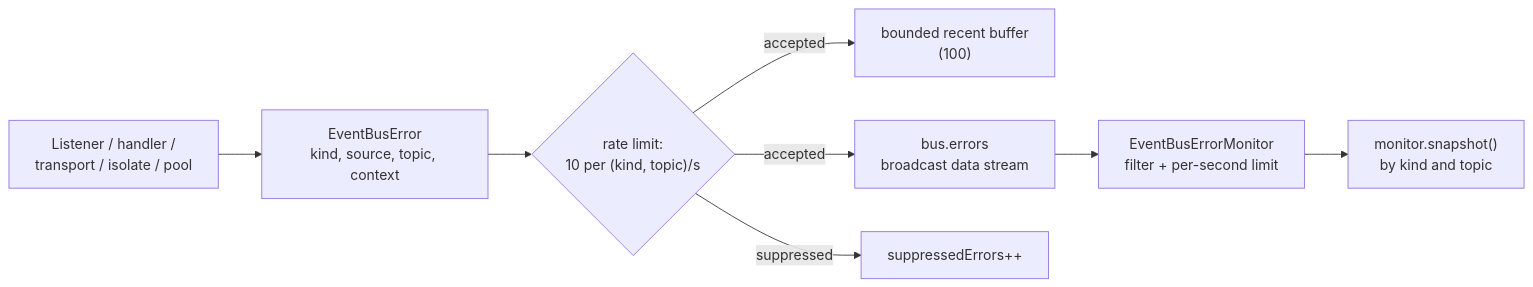
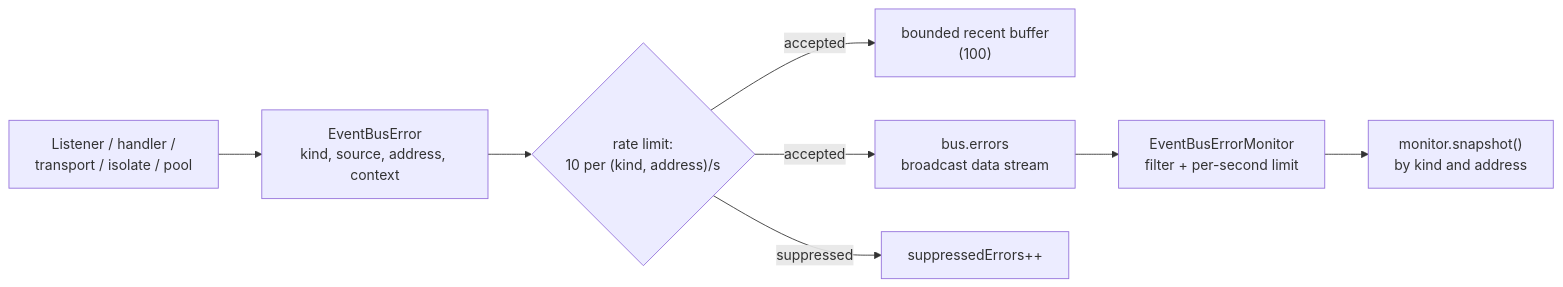
One commit to Avataromvatar/event_bus_arch changed the first of 3 diagrams in doc/12-observability.md. Above: the diagram before and after it, drawn with Mermaid. The commit also changed other lines of this file and 60 other files, not shown here.

````diff
--- a/doc/12-observability.md
+++ b/doc/12-observability.md
@@ -45,10 +45,10 @@
 ```mermaid
 flowchart LR
-    SRC["Listener / handler /<br/>transport / isolate / pool"] --> ENV["EventBusError<br/>kind, source, topic, context"]
-    ENV --> RL{"rate limit:<br/>10 per (kind, topic)/s"}
+    SRC["Listener / handler /<br/>transport / isolate / pool"] --> ENV["EventBusError<br/>kind, source, address, context"]
+    ENV --> RL{"rate limit:<br/>10 per (kind, address)/s"}
     RL -- accepted --> RECENT["bounded recent buffer<br/>(100)"]
     RL -- accepted --> STREAM["bus.errors<br/>broadcast data stream"]
     RL -- suppressed --> COUNT["suppressedErrors++"]
     STREAM --> MON["EventBusErrorMonitor<br/>filter + per-second limit"]
-    MON --> SNAP["monitor.snapshot()<br/>by kind and topic"]
+    MON --> SNAP["monitor.snapshot()<br/>by kind and address"]
 ```
````
